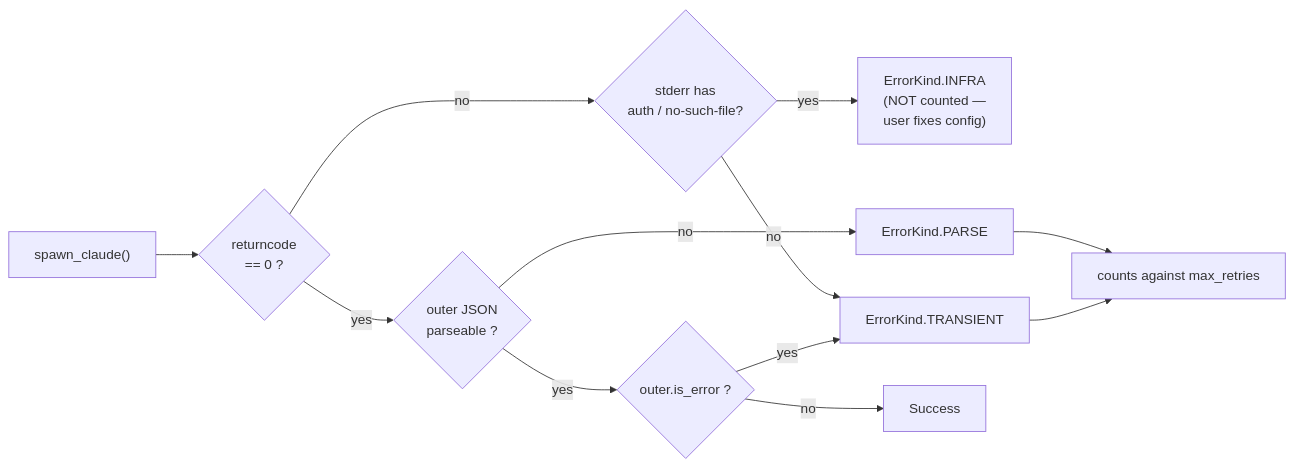
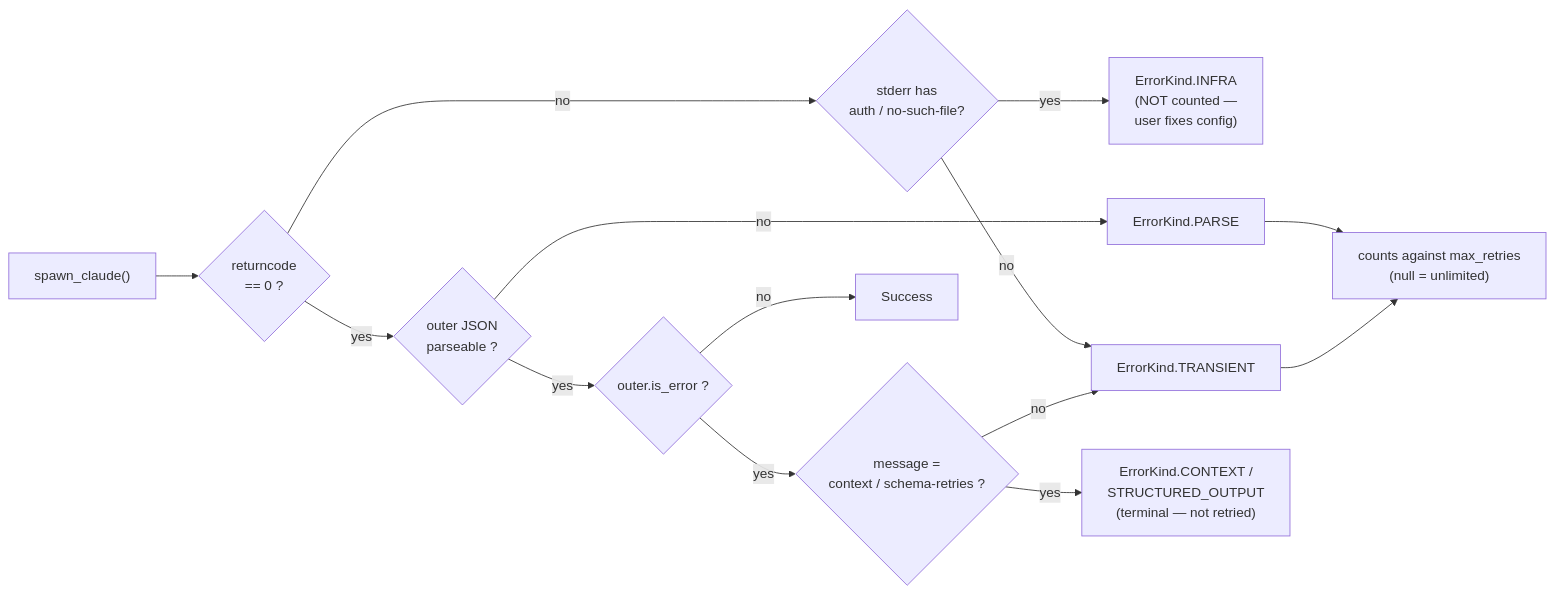
The seventh of 7 diagrams in README.md (ehzawad/claudetalktoclaude), drawn with Mermaid before and after one commit. The commit also changed other lines of this file and 20 other files, not shown here.

````diff
--- a/README.md
+++ b/README.md
@@ -382,15 +384,17 @@
 ```mermaid
 flowchart LR
     CALL["spawn_claude()"] --> RC{"returncode<br/>== 0 ?"}
     RC -- no --> ERRSNIFF{"stderr has<br/>auth / no-such-file?"}
     ERRSNIFF -- yes --> INFRA["ErrorKind.INFRA<br/>(NOT counted —<br/>user fixes config)"]
     ERRSNIFF -- no --> TRANS
     RC -- yes --> PARSE{"outer JSON<br/>parseable ?"}
     PARSE -- no --> PERR["ErrorKind.PARSE"]
     PARSE -- yes --> ISERR{"outer.is_error ?"}
-    ISERR -- yes --> TRANS["ErrorKind.TRANSIENT"]
+    ISERR -- yes --> SNIFF{"message =<br/>context / schema-retries ?"}
+    SNIFF -- yes --> TERM["ErrorKind.CONTEXT /<br/>STRUCTURED_OUTPUT<br/>(terminal — not retried)"]
+    SNIFF -- no --> TRANS["ErrorKind.TRANSIENT"]
     ISERR -- no --> OK["Success"]
 
-    PERR --> COUNT["counts against max_retries"]
+    PERR --> COUNT["counts against max_retries<br/>(null = unlimited)"]
     TRANS --> COUNT
 ```
````
